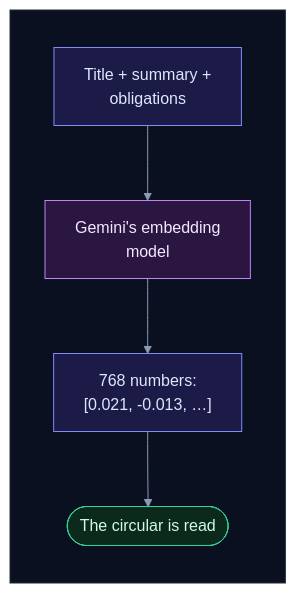
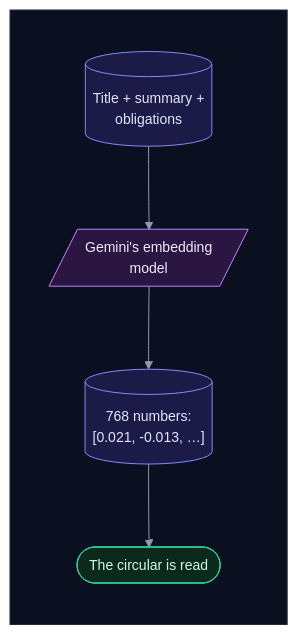
Diagram 13 of 45 in backend/worker/INTERNALS.md (selvakumarperumal/Regulatory_Circular_Impact_Agent), drawn with Mermaid before and after one commit. The commit also changed other lines of this file and 5 other files, not shown here.

Commit message:
Give the docs' flowcharts a shape per kind of part, more room and slightly smaller text

````diff
--- a/backend/worker/INTERNALS.md
+++ b/backend/worker/INTERNALS.md
@@ -775,24 +775,24 @@
 ```mermaid
-%%{init: {"theme": "base", "flowchart": {"diagramPadding": 0}, "themeVariables": {"darkMode": true, "primaryColor": "#16213a", "primaryTextColor": "#e6edf7", "primaryBorderColor": "#475a7a", "lineColor": "#8b9bb4", "secondaryColor": "#1b2436", "tertiaryColor": "#101a2e", "edgeLabelBackground": "#0f172a", "textColor": "#e2e8f0", "clusterBkg": "#0f1728", "clusterBorder": "#2b3a55", "titleColor": "#c4b5fd", "nodeTextColor": "#e6edf7"}}}%%
+%%{init: {"theme": "base", "flowchart": {"diagramPadding": 0, "nodeSpacing": 58, "rankSpacing": 58, "curve": "basis"}, "themeVariables": {"fontSize": "14px", "darkMode": true, "primaryColor": "#16213a", "primaryTextColor": "#e6edf7", "primaryBorderColor": "#475a7a", "lineColor": "#8b9bb4", "secondaryColor": "#1b2436", "tertiaryColor": "#101a2e", "edgeLabelBackground": "#0f172a", "textColor": "#e2e8f0", "clusterBkg": "#0f1728", "clusterBorder": "#2b3a55", "titleColor": "#c4b5fd", "nodeTextColor": "#e6edf7"}}}%%
 flowchart TD
     subgraph canvas[" "]
         direction TB
-        s["Title + summary +<br/>obligations"] --> g["Gemini's embedding<br/>model"]
-        g --> e["768 numbers:<br/>[0.021, -0.013, …]"]
+        s[("Title + summary +<br/>obligations")] --> g[/"Gemini's embedding<br/>model"/]
+        g --> e[("768 numbers:<br/>[0.021, -0.013, …]")]
         e --> r(["The circular is read"])
     end
     classDef svc fill:#0e2a2c,stroke:#2dd4bf,color:#ccfbf1
     classDef data fill:#1c1a47,stroke:#818cf8,color:#e0e7ff
     classDef ext fill:#2a1640,stroke:#c084fc,color:#f3e8ff
     classDef gpu fill:#2d1b0c,stroke:#fb923c,color:#ffedd5
     classDef ask fill:#2a2410,stroke:#fbbf24,color:#fef3c7
     classDef ok fill:#0b2a1c,stroke:#34d399,color:#d1fae5
     classDef bad fill:#2e0f17,stroke:#fb7185,color:#ffe4e6
     classDef start fill:#1c2a0e,stroke:#a7ef6f,color:#ecfccb
     classDef muted fill:#1a2130,stroke:#64748b,color:#cbd5e1
     classDef queue fill:#0c2231,stroke:#38bdf8,color:#e0f2fe
     class s,e data
     class g ext
     class r ok
     style canvas fill:#0b1020,stroke:#1e293b,color:#0b1020
 ```
````
